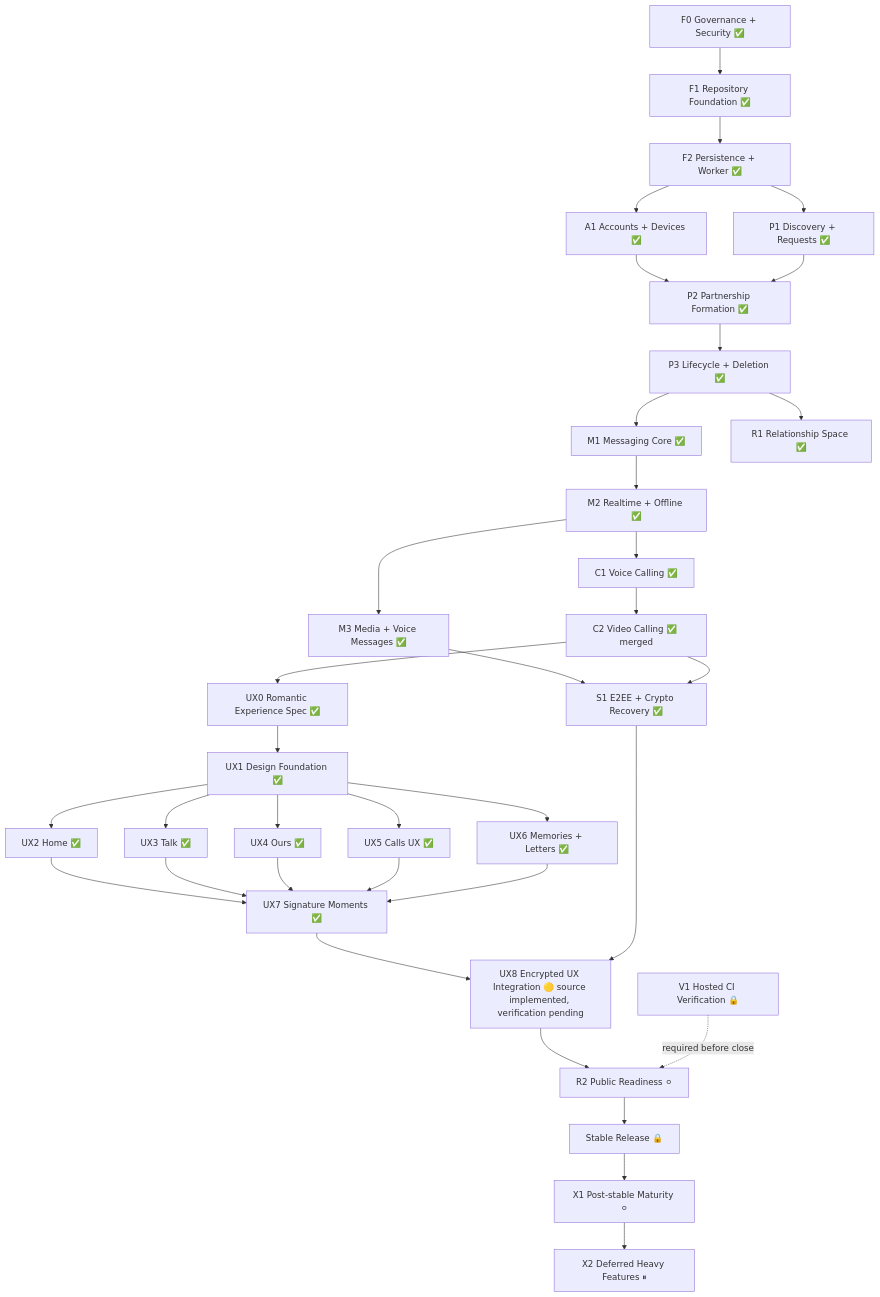
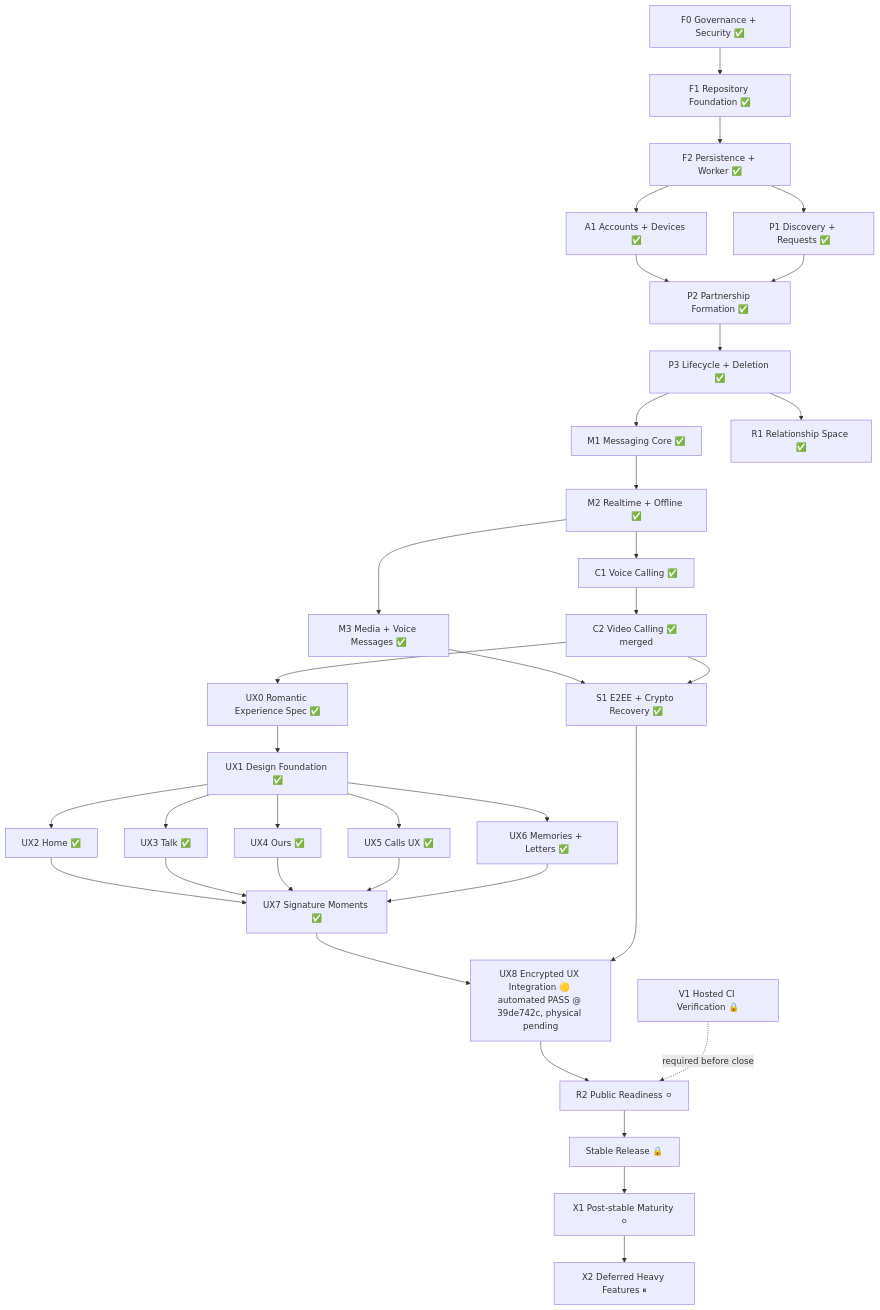
Before and after one commit to ekamal22/shawtie-pls-app: the diagram in docs/EXECUTION_GRAPH.md, drawn with Mermaid. The commit also changed other lines of this file and 11 other files, not shown here.

```diff
--- a/docs/EXECUTION_GRAPH.md
+++ b/docs/EXECUTION_GRAPH.md
@@ -99,47 +99,47 @@
 ~~~mermaid
 flowchart TD
     F0["F0 Governance + Security ✅"] --> F1["F1 Repository Foundation ✅"]
     F1 --> F2["F2 Persistence + Worker ✅"]
 
     F2 --> A1["A1 Accounts + Devices ✅"]
     F2 --> P1["P1 Discovery + Requests ✅"]
 
     A1 --> P2["P2 Partnership Formation ✅"]
     P1 --> P2
 
     P2 --> P3["P3 Lifecycle + Deletion ✅"]
 
     P3 --> M1["M1 Messaging Core ✅"]
     P3 --> R1["R1 Relationship Space ✅"]
 
     M1 --> M2["M2 Realtime + Offline ✅"]
 
     M2 --> M3["M3 Media + Voice Messages ✅"]
     M2 --> C1["C1 Voice Calling ✅"]
     C1 --> C2["C2 Video Calling ✅ merged"]
 
     C2 --> UX0["UX0 Romantic Experience Spec ✅"]
     UX0 --> UX1["UX1 Design Foundation ✅"]
     UX1 --> UX2["UX2 Home ✅"]
     UX1 --> UX3["UX3 Talk ✅"]
     UX1 --> UX4["UX4 Ours ✅"]
     UX1 --> UX5["UX5 Calls UX ✅"]
     UX1 --> UX6["UX6 Memories + Letters ✅"]
     UX2 --> UX7["UX7 Signature Moments ✅"]
     UX3 --> UX7
     UX4 --> UX7
     UX5 --> UX7
     UX6 --> UX7
 
     M3 --> S1["S1 E2EE + Crypto Recovery ✅"]
     C2 --> S1
-    UX7 --> UX8["UX8 Encrypted UX Integration 🟡 source implemented, verification pending"]
+    UX7 --> UX8["UX8 Encrypted UX Integration 🟡 automated PASS @ 39de742c, physical pending"]
     S1 --> UX8
 
     UX8 --> R2["R2 Public Readiness ⚪"]
     V1["V1 Hosted CI Verification 🔒"] -. required before close .-> R2
 
     R2 --> RELEASE["Stable Release 🔒"]
     RELEASE --> X1["X1 Post-stable Maturity ⚪"]
     X1 --> X2["X2 Deferred Heavy Features ⏸"]
 ~~~
```
